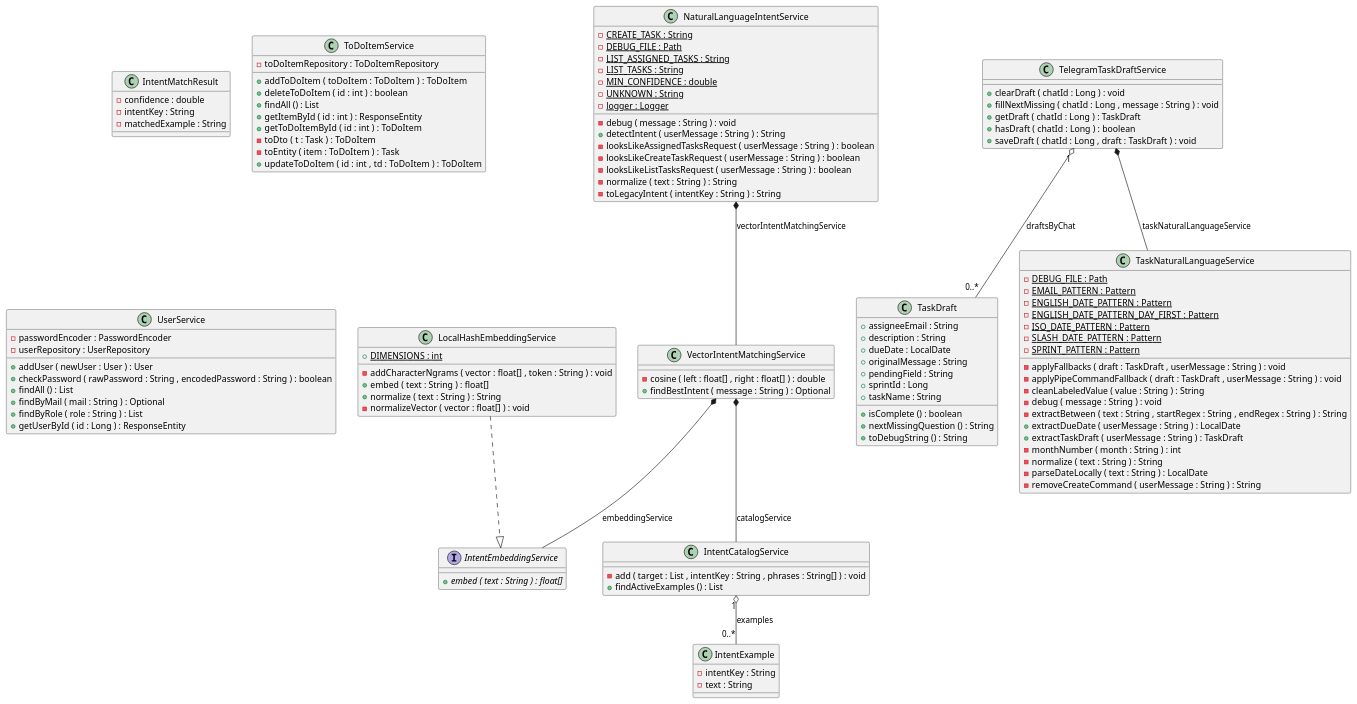
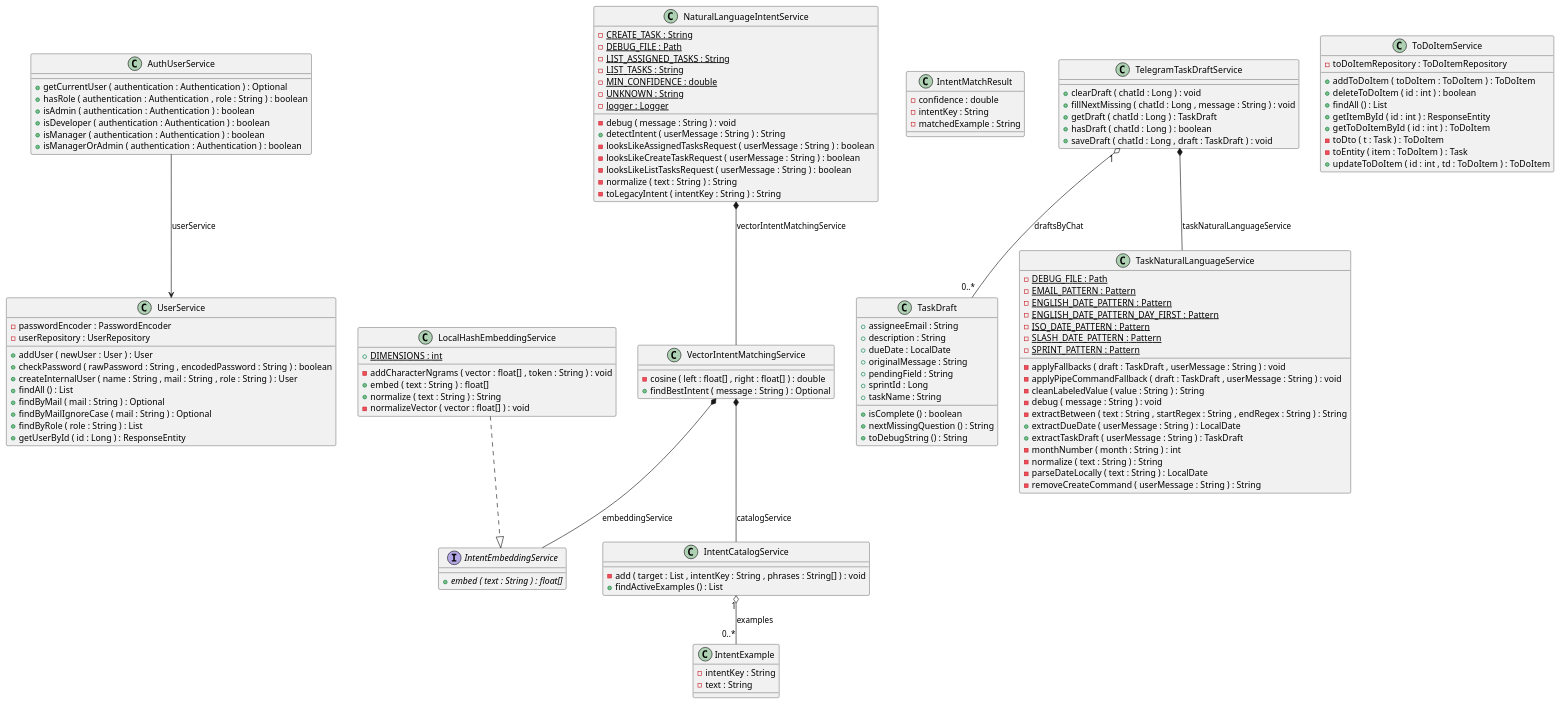
One commit to AnaJmz345/oci_devops_project changed the diagram in docs/diagrams/natural-language.puml. Above: the diagram before and after it, drawn with PlantUML. The commit also changed 11 other files, not shown here.

```diff
--- a/docs/diagrams/natural-language.puml
+++ b/docs/diagrams/natural-language.puml
@@ -1,141 +1,154 @@
 @startuml
+
+class AuthUserService {
+	{method} +getCurrentUser ( authentication : Authentication ) : Optional
+	{method} +hasRole ( authentication : Authentication , role : String ) : boolean
+	{method} +isAdmin ( authentication : Authentication ) : boolean
+	{method} +isDeveloper ( authentication : Authentication ) : boolean
+	{method} +isManager ( authentication : Authentication ) : boolean
+	{method} +isManagerOrAdmin ( authentication : Authentication ) : boolean
+}
+
 
 class IntentCatalogService {
 	{method} -add ( target : List , intentKey : String , phrases : String[] ) : void
 	{method} +findActiveExamples () : List
 }
 
 
 interface IntentEmbeddingService {
 	{method}  {abstract} +embed ( text : String ) : float[]
 }
 
 
 class IntentExample {
 	{field} -intentKey : String
 	{field} -text : String
 }
 
 
 class IntentMatchResult {
 	{field} -confidence : double
 	{field} -intentKey : String
 	{field} -matchedExample : String
 }
 
 
 class LocalHashEmbeddingService {
 	{field} {static} +DIMENSIONS : int
 	{method} -addCharacterNgrams ( vector : float[] , token : String ) : void
 	{method} +embed ( text : String ) : float[]
 	{method} +normalize ( text : String ) : String
 	{method} -normalizeVector ( vector : float[] ) : void
 }
 
 
 class NaturalLanguageIntentService {
 	{field} {static} -CREATE_TASK : String
 	{field} {static} -DEBUG_FILE : Path
 	{field} {static} -LIST_ASSIGNED_TASKS : String
 	{field} {static} -LIST_TASKS : String
 	{field} {static} -MIN_CONFIDENCE : double
 	{field} {static} -UNKNOWN : String
 	{field} {static} -logger : Logger
 	{method} -debug ( message : String ) : void
 	{method} +detectIntent ( userMessage : String ) : String
 	{method} -looksLikeAssignedTasksRequest ( userMessage : String ) : boolean
 	{method} -looksLikeCreateTaskRequest ( userMessage : String ) : boolean
 	{method} -looksLikeListTasksRequest ( userMessage : String ) : boolean
 	{method} -normalize ( text : String ) : String
 	{method} -toLegacyIntent ( intentKey : String ) : String
 }
 
 
 class TaskDraft {
 	{field} +assigneeEmail : String
 	{field} +description : String
 	{field} +dueDate : LocalDate
 	{field} +originalMessage : String
 	{field} +pendingField : String
 	{field} +sprintId : Long
 	{field} +taskName : String
 	{method} +isComplete () : boolean
 	{method} +nextMissingQuestion () : String
 	{method} +toDebugString () : String
 }
 
 
 class TaskNaturalLanguageService {
 	{field} {static} -DEBUG_FILE : Path
 	{field} {static} -EMAIL_PATTERN : Pattern
 	{field} {static} -ENGLISH_DATE_PATTERN : Pattern
 	{field} {static} -ENGLISH_DATE_PATTERN_DAY_FIRST : Pattern
 	{field} {static} -ISO_DATE_PATTERN : Pattern
 	{field} {static} -SLASH_DATE_PATTERN : Pattern
 	{field} {static} -SPRINT_PATTERN : Pattern
 	{method} -applyFallbacks ( draft : TaskDraft , userMessage : String ) : void
 	{method} -applyPipeCommandFallback ( draft : TaskDraft , userMessage : String ) : void
 	{method} -cleanLabeledValue ( value : String ) : String
 	{method} -debug ( message : String ) : void
 	{method} -extractBetween ( text : String , startRegex : String , endRegex : String ) : String
 	{method} +extractDueDate ( userMessage : String ) : LocalDate
 	{method} +extractTaskDraft ( userMessage : String ) : TaskDraft
 	{method} -monthNumber ( month : String ) : int
 	{method} -normalize ( text : String ) : String
 	{method} -parseDateLocally ( text : String ) : LocalDate
 	{method} -removeCreateCommand ( userMessage : String ) : String
 }
 
 
 class TelegramTaskDraftService {
 	{method} +clearDraft ( chatId : Long ) : void
 	{method} +fillNextMissing ( chatId : Long , message : String ) : void
 	{method} +getDraft ( chatId : Long ) : TaskDraft
 	{method} +hasDraft ( chatId : Long ) : boolean
 	{method} +saveDraft ( chatId : Long , draft : TaskDraft ) : void
 }
 
 
 class ToDoItemService {
 	{field} -toDoItemRepository : ToDoItemRepository
 	{method} +addToDoItem ( toDoItem : ToDoItem ) : ToDoItem
 	{method} +deleteToDoItem ( id : int ) : boolean
 	{method} +findAll () : List
 	{method} +getItemById ( id : int ) : ResponseEntity
 	{method} +getToDoItemById ( id : int ) : ToDoItem
 	{method} -toDto ( t : Task ) : ToDoItem
 	{method} -toEntity ( item : ToDoItem ) : Task
 	{method} +updateToDoItem ( id : int , td : ToDoItem ) : ToDoItem
 }
 
 
 class UserService {
 	{field} -passwordEncoder : PasswordEncoder
 	{field} -userRepository : UserRepository
 	{method} +addUser ( newUser : User ) : User
 	{method} +checkPassword ( rawPassword : String , encodedPassword : String ) : boolean
+	{method} +createInternalUser ( name : String , mail : String , role : String ) : User
 	{method} +findAll () : List
 	{method} +findByMail ( mail : String ) : Optional
+	{method} +findByMailIgnoreCase ( mail : String ) : Optional
 	{method} +findByRole ( role : String ) : List
 	{method} +getUserById ( id : Long ) : ResponseEntity
 }
 
 
 class VectorIntentMatchingService {
 	{method} -cosine ( left : float[] , right : float[] ) : double
 	{method} +findBestIntent ( message : String ) : Optional
 }
 
 
 
 
+AuthUserService -->  UserService : userService
 IntentCatalogService "1" o-- "0..*"  IntentExample : examples
 LocalHashEmbeddingService ..|>  IntentEmbeddingService
 NaturalLanguageIntentService *--  VectorIntentMatchingService : vectorIntentMatchingService
 TelegramTaskDraftService "1" o-- "0..*"  TaskDraft : draftsByChat
 TelegramTaskDraftService *--  TaskNaturalLanguageService : taskNaturalLanguageService
 VectorIntentMatchingService *--  IntentCatalogService : catalogService
 VectorIntentMatchingService *--  IntentEmbeddingService : embeddingService
 
 
 @enduml
```
